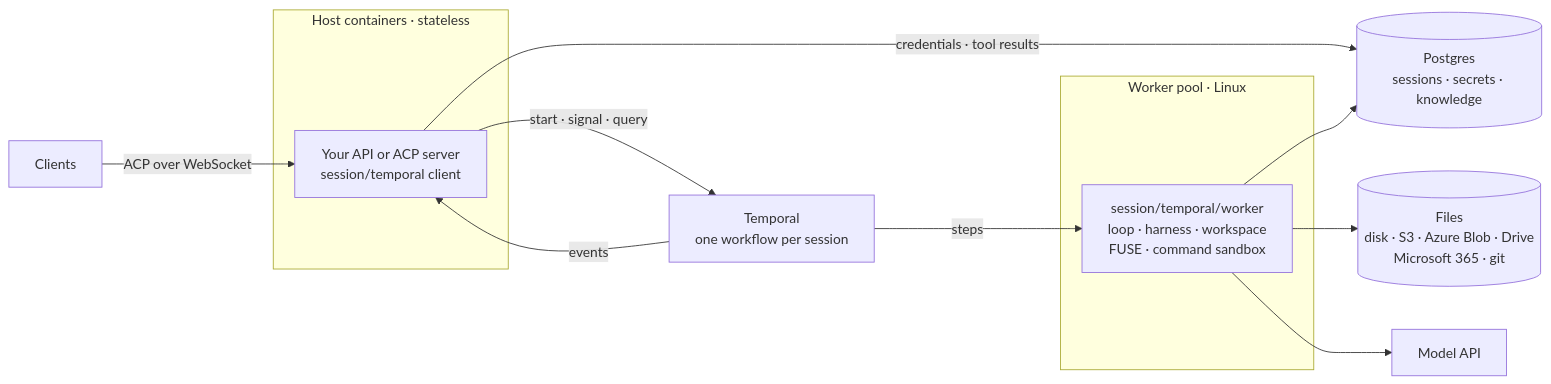
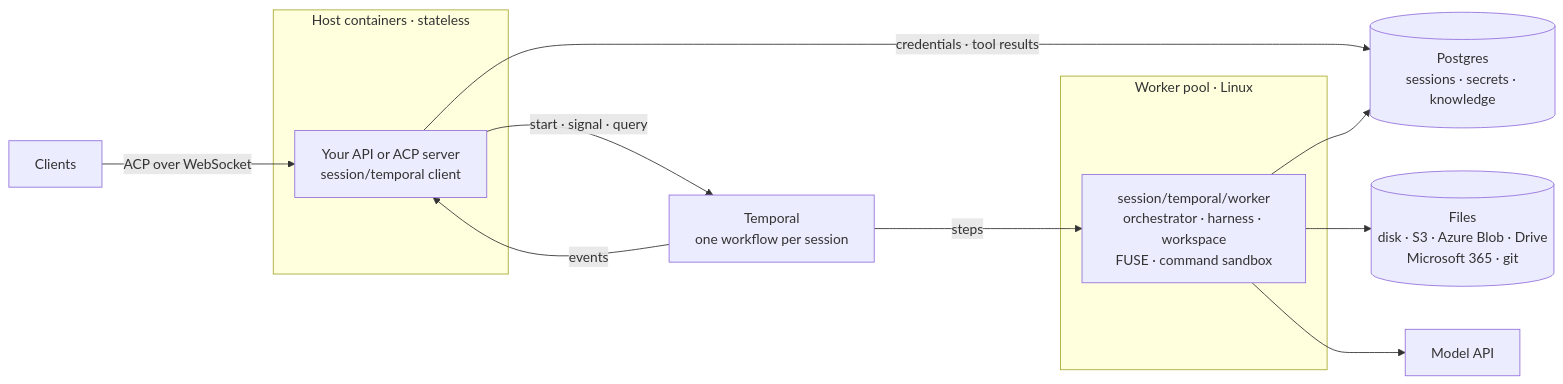
The second of 2 diagrams in README.md (Ryanaldo34/tacklr), drawn with Mermaid before and after one commit. The commit also changed other lines of this file and 74 other files, not shown here.

````diff
--- a/README.md
+++ b/README.md
@@ -70,23 +70,23 @@
 ```mermaid
 flowchart LR
     clients["Clients"]
     subgraph hosts["Host containers · stateless"]
         host["Your API or ACP server<br/>session/temporal client"]
     end
     temporal["Temporal<br/>one workflow per session"]
     subgraph workers["Worker pool · Linux"]
-        worker["session/temporal/worker<br/>loop · harness · workspace<br/>FUSE · command sandbox"]
+        worker["session/temporal/worker<br/>orchestrator · harness · workspace<br/>FUSE · command sandbox"]
     end
     pg[("Postgres<br/>sessions · secrets · knowledge")]
     files[("Files<br/>disk · S3 · Azure Blob · Drive<br/>Microsoft 365 · git")]
     model["Model API"]
 
     clients -- "ACP over WebSocket" --> host
     host -- "start · signal · query" --> temporal
     temporal -- "events" --> host
     temporal -- "steps" --> worker
     host -- "credentials · tool results" --> pg
     worker --> pg
     worker --> files
     worker --> model
 ```
````
